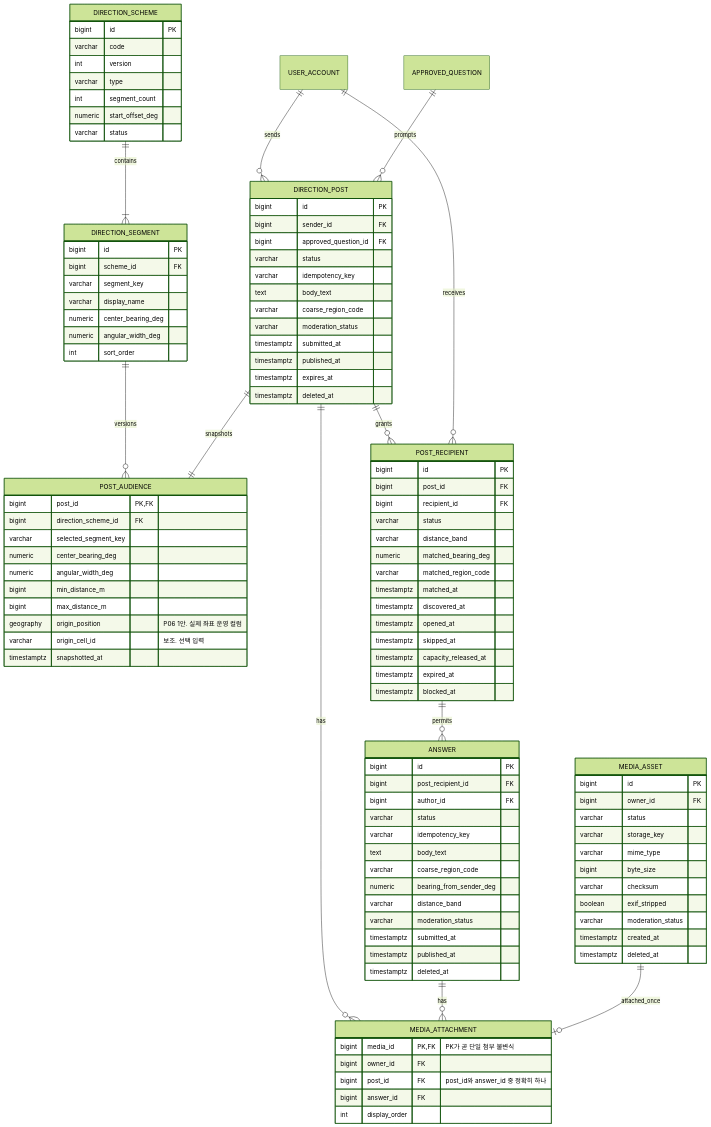
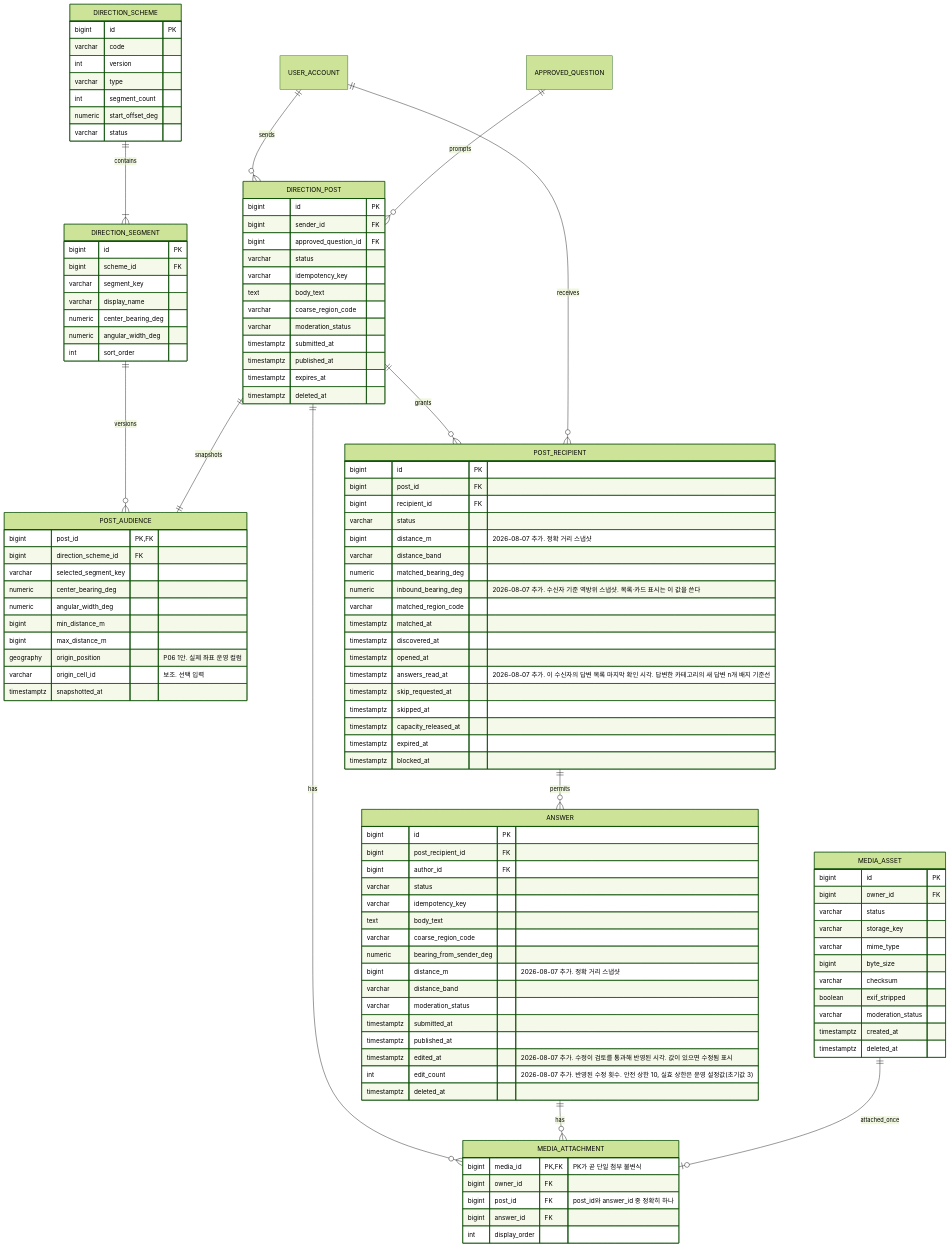
One commit to dnd-side-project/dnd-15th-2-backend changed the third of 5 diagrams in docs/product/data-model/DIRECTION_COMMUNICATION_ERD.md. Above: the diagram before and after it, drawn with Mermaid (forest theme). The commit also changed other lines of this file and 1 other file, not shown here.

Commit message:
feat(docs): resync direction communication ERD with the vault source (#78)

```diff
--- a/docs/product/data-model/DIRECTION_COMMUNICATION_ERD.md
+++ b/docs/product/data-model/DIRECTION_COMMUNICATION_ERD.md
@@ -508,12 +504,16 @@
         bigint post_id FK
         bigint recipient_id FK
         varchar status
+        bigint distance_m "2026-08-07 추가. 정확 거리 스냅샷"
         varchar distance_band
         numeric matched_bearing_deg
+        numeric inbound_bearing_deg "2026-08-07 추가. 수신자 기준 역방위 스냅샷. 목록·카드 표시는 이 값을 쓴다"
         varchar matched_region_code
         timestamptz matched_at
         timestamptz discovered_at
         timestamptz opened_at
+        timestamptz answers_read_at "2026-08-07 추가. 이 수신자의 답변 목록 마지막 확인 시각. 답변한 카테고리의 새 답변 n개 배지 기준선"
+        timestamptz skip_requested_at
         timestamptz skipped_at
         timestamptz capacity_released_at
         timestamptz expired_at
@@ -529,10 +529,13 @@
         text body_text
         varchar coarse_region_code
         numeric bearing_from_sender_deg
+        bigint distance_m "2026-08-07 추가. 정확 거리 스냅샷"
         varchar distance_band
         varchar moderation_status
         timestamptz submitted_at
         timestamptz published_at
+        timestamptz edited_at "2026-08-07 추가. 수정이 검토를 통과해 반영된 시각. 값이 있으면 수정됨 표시"
+        int edit_count "2026-08-07 추가. 반영된 수정 횟수. 안전 상한 10, 실효 상한은 운영 설정값(초기값 3)"
         timestamptz deleted_at
     }
 
```
